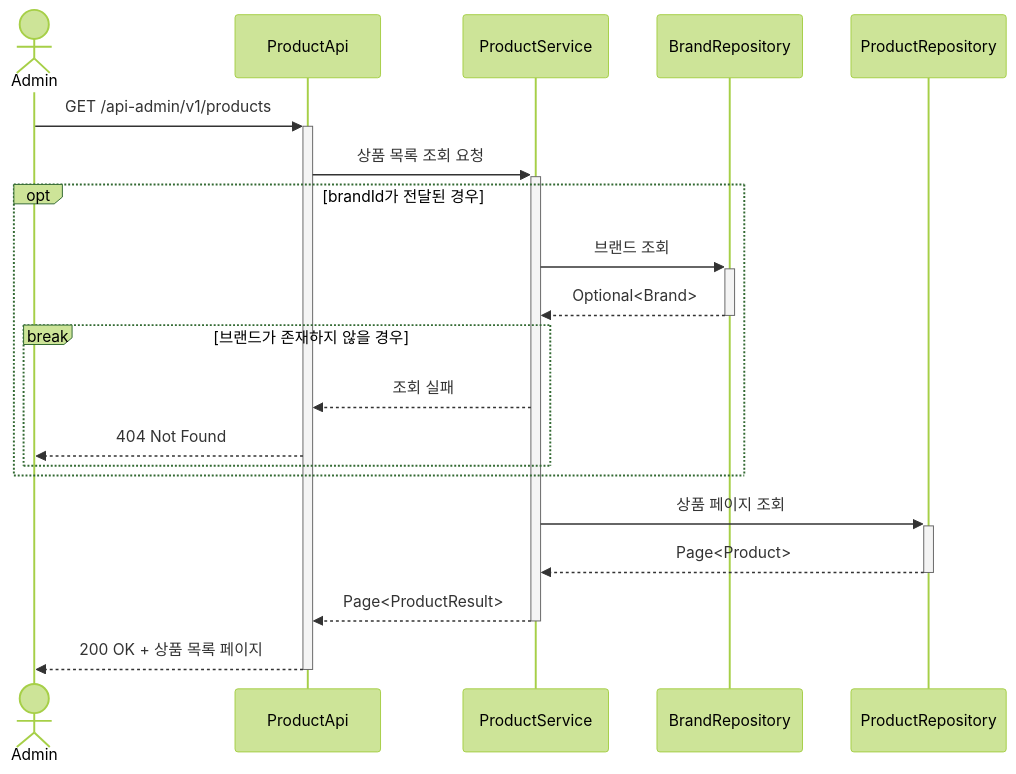
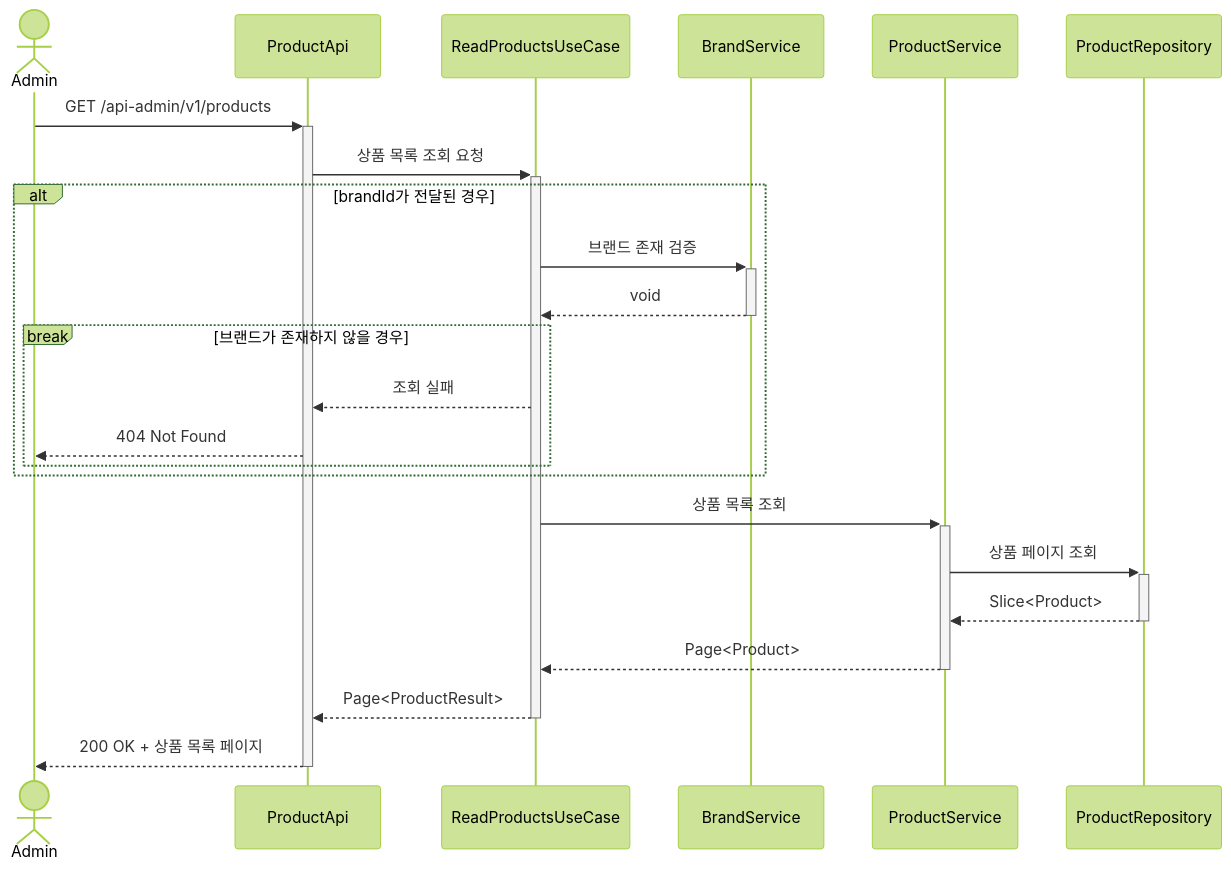
The tenth of 23 diagrams in .docs/design/02-sequence-diagrams.md (Loopers-dev-lab/loop-pack-be-l2-vol3-java), drawn with Mermaid (forest theme) before and after one commit. The commit also changed other lines of this file and 88 other files, not shown here.

````diff
--- a/.docs/design/02-sequence-diagrams.md
+++ b/.docs/design/02-sequence-diagrams.md
@@ -338,26 +366,30 @@
 ```mermaid
 sequenceDiagram
     actor Admin
     participant ProductApi
+    participant ReadProductsUseCase
+    participant BrandService
     participant ProductService
-    participant BrandRepository
     participant ProductRepository
 
     Admin ->>+ ProductApi: GET /api-admin/v1/products
-    ProductApi ->>+ ProductService: 상품 목록 조회 요청
+    ProductApi ->>+ ReadProductsUseCase: 상품 목록 조회 요청
 
-    opt brandId가 전달된 경우
-        ProductService ->>+ BrandRepository: 브랜드 조회
-        BrandRepository -->>- ProductService: Optional<Brand>
+    alt brandId가 전달된 경우
+        ReadProductsUseCase ->>+ BrandService: 브랜드 존재 검증
+        BrandService -->>- ReadProductsUseCase: void
 
         break 브랜드가 존재하지 않을 경우
-            ProductService -->> ProductApi: 조회 실패
+            ReadProductsUseCase -->> ProductApi: 조회 실패
             ProductApi -->> Admin: 404 Not Found
         end
     end
 
+    ReadProductsUseCase ->>+ ProductService: 상품 목록 조회
     ProductService ->>+ ProductRepository: 상품 페이지 조회
-    ProductRepository -->>- ProductService: Page<Product>
-    ProductService -->>- ProductApi: Page<ProductResult>
+    ProductRepository -->>- ProductService: Slice<Product>
+    ProductService -->>- ReadProductsUseCase: Page<Product>
+
+    ReadProductsUseCase -->>- ProductApi: Page<ProductResult>
     ProductApi -->>- Admin: 200 OK + 상품 목록 페이지
 ```
````
